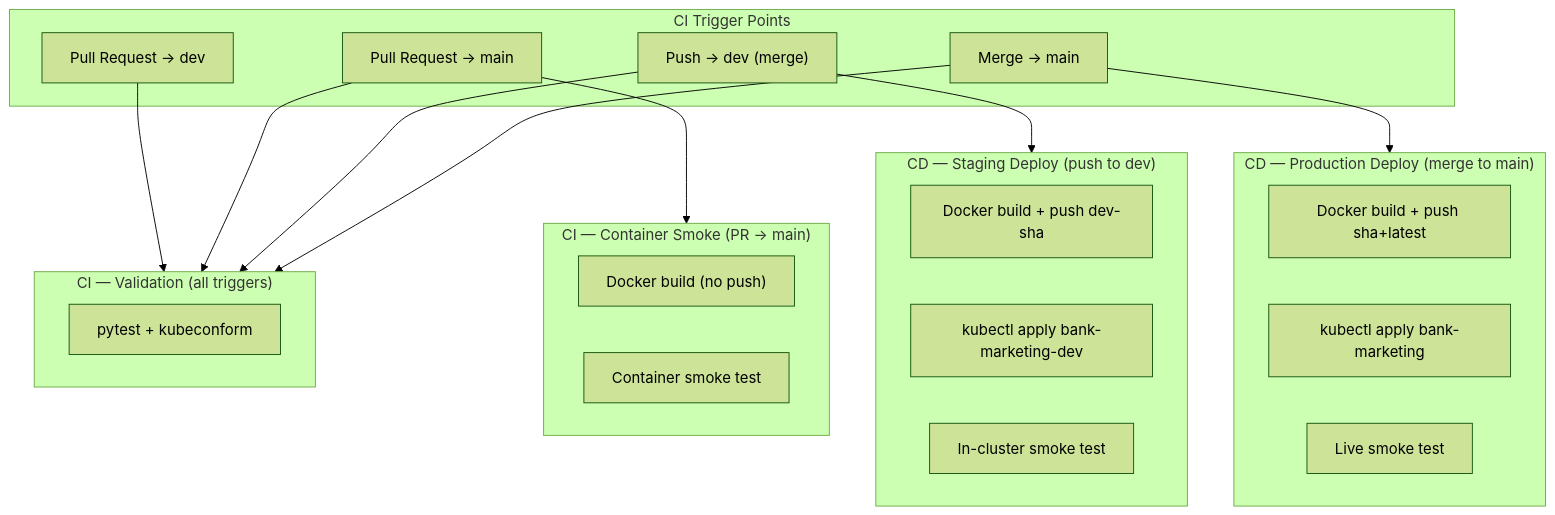
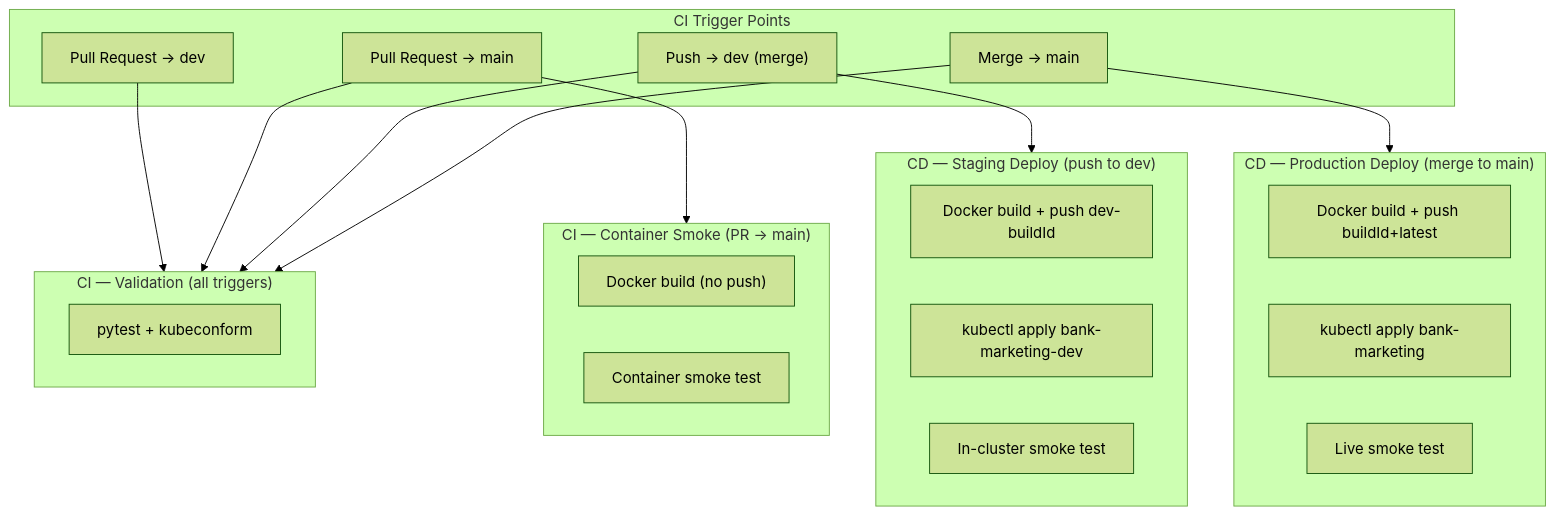
The third of 4 diagrams in docs/git-workflow.md (Annemarie-Bester/marketing-model-mlops-azure), drawn with Mermaid (forest theme) before and after one commit. The commit also changed other lines of this file and 8 other files, not shown here.

````diff
--- a/docs/git-workflow.md
+++ b/docs/git-workflow.md
@@ -84,38 +84,38 @@
 ```mermaid
 flowchart TD
     subgraph Triggers["CI Trigger Points"]
         PR["Pull Request → dev"]
         PR_MAIN["Pull Request → main"]
         PUSH["Push → dev (merge)"]
         REL["Merge → main"]
     end
 
     subgraph CI_Validation["CI — Validation (all triggers)"]
         TEST["pytest + kubeconform"]
     end
 
     subgraph CI_Container["CI — Container Smoke (PR → main)"]
         CBUILD["Docker build (no push)"]
         CSMOKE["Container smoke test"]
     end
 
     subgraph CD_DEV["CD — Staging Deploy (push to dev)"]
-        DEV_BUILD["Docker build + push dev-sha"]
+        DEV_BUILD["Docker build + push dev-buildId"]
         DEV_DEPLOY["kubectl apply bank-marketing-dev"]
         DEV_SMOKE["In-cluster smoke test"]
     end
 
     subgraph CD_PROD["CD — Production Deploy (merge to main)"]
-        PROD_BUILD["Docker build + push sha+latest"]
+        PROD_BUILD["Docker build + push buildId+latest"]
         PROD_DEPLOY["kubectl apply bank-marketing"]
         PROD_SMOKE["Live smoke test"]
     end
 
     PR --> CI_Validation
     PR_MAIN --> CI_Validation
     PR_MAIN --> CI_Container
     PUSH --> CI_Validation
     PUSH --> CD_DEV
     REL --> CI_Validation
     REL --> CD_PROD
 ```
````
